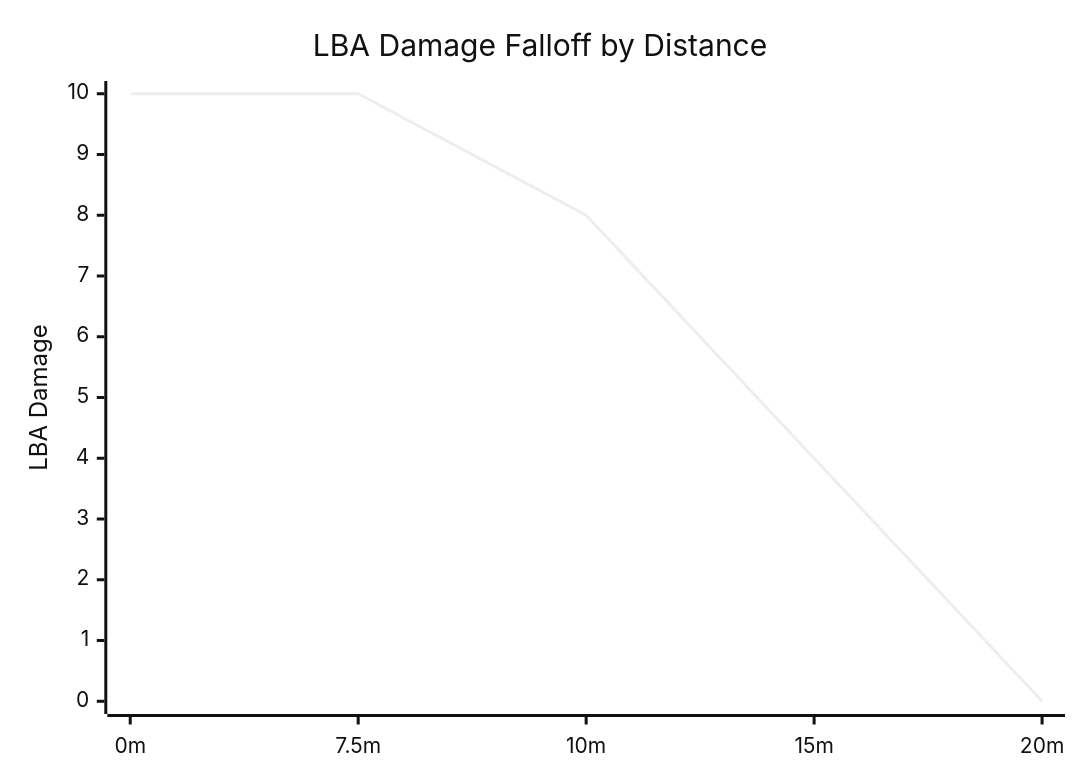
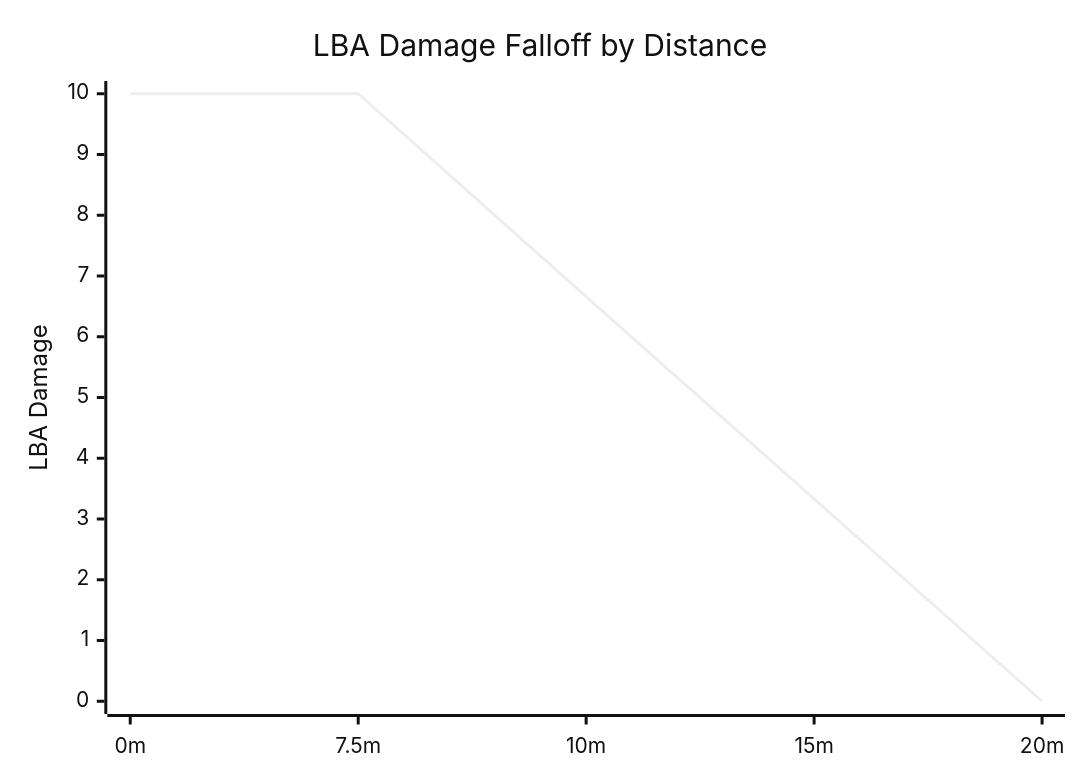
Before and after one commit to soapyf/Ashguard-Documents: the second of 2 diagrams in equipment/Layer 2/Flame Torrent.md, drawn with Mermaid (neutral theme).

Commit message:
Modify LBA Damage Falloff values in Flame Torrent
Updated the damage falloff values for the LBA chart.

````diff
--- a/equipment/Layer 2/Flame Torrent.md
+++ b/equipment/Layer 2/Flame Torrent.md
@@ -50,7 +50,7 @@
 ```mermaid
 xychart-beta
     title "LBA Damage Falloff by Distance"
     x-axis ["0m", "7.5m", "10m", "15m", "20m"]
     y-axis "LBA Damage" 0 --> 10
-    line [10, 10, 8, 4, 0]
+    line [10, 10, 6.66, 3.33, 0]
 ```
````
